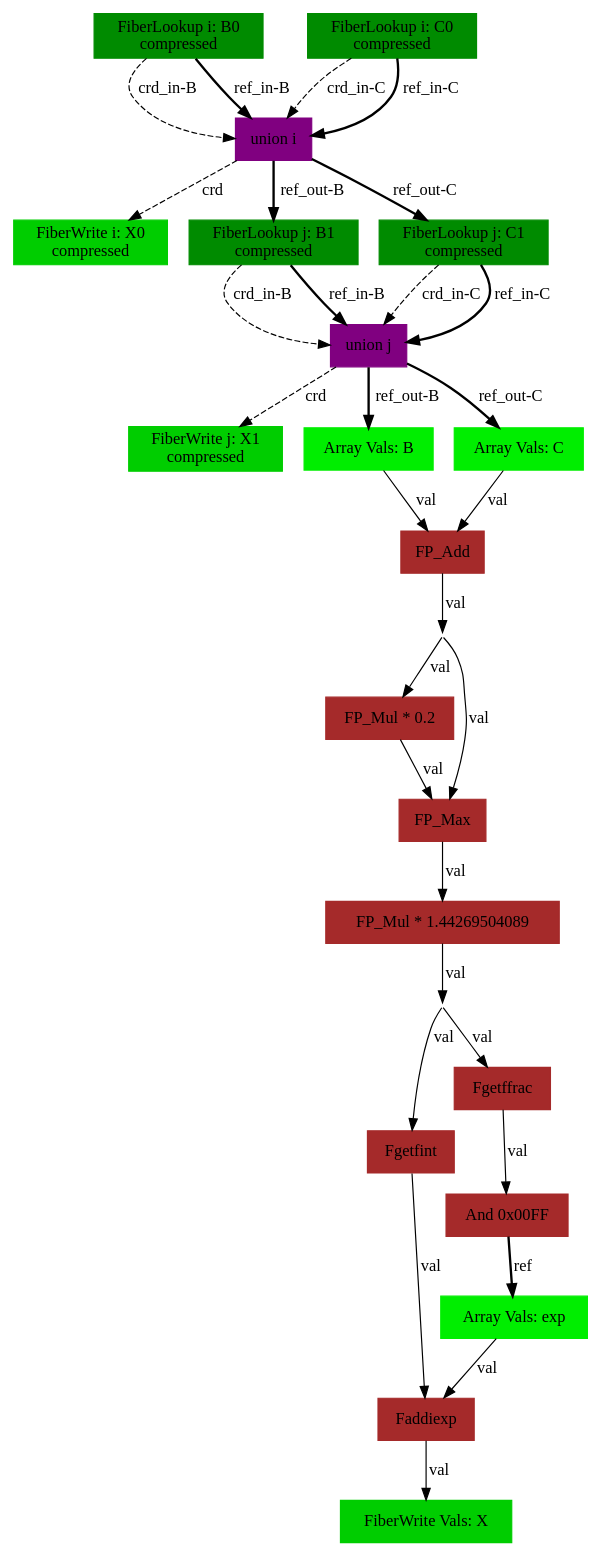
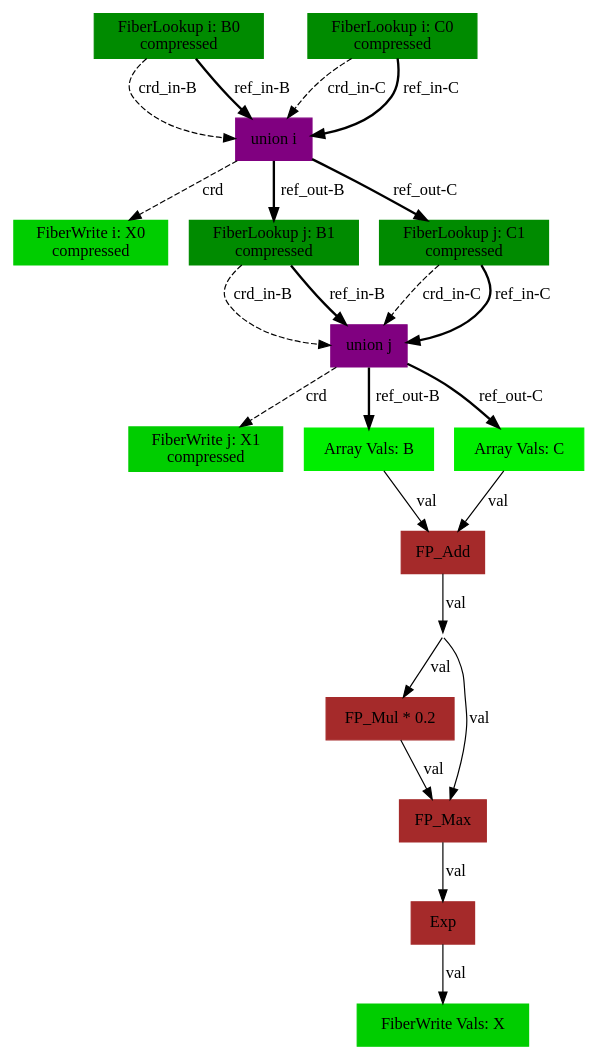
One commit to weiya711/sam changed the diagram in compiler/sam-outputs/onyx-dot/mat_elemadd_leakyrelu_exp.gv. Above: the diagram before and after it, drawn with Graphviz.

Commit message:
update the mat_elemadd_leakdy_relu graph to rely on metamapper to remap the complex op

```diff
--- a/compiler/sam-outputs/onyx-dot/mat_elemadd_leakyrelu_exp.gv
+++ b/compiler/sam-outputs/onyx-dot/mat_elemadd_leakyrelu_exp.gv
@@ -1,54 +1,41 @@
 digraph SAM {
     comment="X=ss01,B=ss01,C=ss01"
     10 [comment="type=fiberlookup,index=i,tensor=B,mode=0,format=compressed,src=true,root=true" label="FiberLookup i: B0\ncompressed" color=green4 shape=box style=filled type="fiberlookup" index="i" tensor="B" mode="0" format="compressed" src="true" root="true"]
     9 [comment="type=union,index=i" label="union i" color=purple shape=box style=filled type="union" index="i"]
     2 [comment="type=fiberwrite,index=i,tensor=X,mode=0,format=compressed,segsize=2,crdsize=B0_dim,sink=true" label="FiberWrite i: X0\ncompressed" color=green3 shape=box style=filled type="fiberwrite" index="i" tensor="X" mode="0" format="compressed" segsize="2" crdsize="B0_dim" sink="true"]
     7 [comment="type=fiberlookup,index=j,tensor=B,mode=1,format=compressed,src=true,root=false" label="FiberLookup j: B1\ncompressed" color=green4 shape=box style=filled type="fiberlookup" index="j" tensor="B" mode="1" format="compressed" src="true" root="false"]
     6 [comment="type=union,index=j" label="union j" color=purple shape=box style=filled type="union" index="j"]
     1 [comment="type=fiberwrite,index=j,tensor=X,mode=1,format=compressed,segsize=B0_dim+1,crdsize=B0_dim*B1_dim,sink=true" label="FiberWrite j: X1\ncompressed" color=green3 shape=box style=filled type="fiberwrite" index="j" tensor="X" mode="1" format="compressed" segsize="B0_dim+1" crdsize="B0_dim*B1_dim" sink="true"]
     4 [comment="type=arrayvals,tensor=B" label="Array Vals: B" color=green2 shape=box style=filled type="arrayvals" tensor="B"]
     3 [comment="type=fp_add" label="FP_Add" color=brown shape=box style=filled type="fp_add"]
     12 [comment="broadcast" shape=point style=invis type="broadcast"]
-    13 [comment="type=fp_mul,rb_const=0.2" label="FP_Mul * 0.2" color=brown shape=box style=filled type="fp_mul" rb_const="0.2"]
+    13 [comment="type=fp_mul,const0=0.2" label="FP_Mul * 0.2" color=brown shape=box style=filled type="fp_mul" const0="0.2"]
     14 [comment="type=fp_max" label="FP_Max" color=brown shape=box style=filled type="fp_max"]
-    15 [comment="type=fp_mul,rb_const=1.44269504089" label="FP_Mul * 1.44269504089" color=brown shape=box style=filled type="fp_mul" rb_const="1.44269504089"]
-    16 [comment="type=broadcast" shape=point style=invis type="broadcast"]
-    17 [comment="type=fgetfint" label="Fgetfint" color=brown shape=box style=filled type="fgetfint"]
-    18 [comment="type=fgetffrac" label="Fgetffrac" color=brown shape=box style=filled type="fgetffrac"]
-    19 [comment="type=and,rb_const=255" label="And 0x00FF" color=brown shape=box style=filled type="and" rb_const="255"]
-    20 [comment="type=faddiexp" label="Faddiexp" color=brown shape=box style=filled type="faddiexp"]
-    21 [comment="type=arrayvals,tensor=exp" label="Array Vals: exp" color=green2 shape=box style=filled type="arrayvals" tensor="exp"]
+    15 [comment="type=exp" label="Exp" color=brown shape=box style=filled type="exp"]
     0 [comment="type=fiberwrite,mode=vals,tensor=X,size=1*B0_dim*B1_dim,sink=true" label="FiberWrite Vals: X" color=green3 shape=box style=filled type="fiberwrite" tensor="X" mode="vals" size="1*B0_dim*B1_dim" sink="true"]
     5 [comment="type=arrayvals,tensor=C" label="Array Vals: C" color=green2 shape=box style=filled type="arrayvals" tensor="C"]
     8 [comment="type=fiberlookup,index=j,tensor=C,mode=1,format=compressed,src=true,root=false" label="FiberLookup j: C1\ncompressed" color=green4 shape=box style=filled type="fiberlookup" index="j" tensor="C" mode="1" format="compressed" src="true" root="false"]
     11 [comment="type=fiberlookup,index=i,tensor=C,mode=0,format=compressed,src=true,root=true" label="FiberLookup i: C0\ncompressed" color=green4 shape=box style=filled type="fiberlookup" index="i" tensor="C" mode="0" format="compressed" src="true" root="true"]
     10 -> 9 [label="crd_in-B" style=dashed type="crd" comment="in-B"]
     9 -> 2 [label="crd" style=dashed type="crd"]
     9 -> 7 [label="ref_out-B" style=bold type="ref" comment="out-B"]
     7 -> 6 [label="crd_in-B" style=dashed type="crd" comment="in-B"]
     6 -> 1 [label="crd" style=dashed type="crd"]
     6 -> 4 [label="ref_out-B" style=bold type="ref" comment="out-B"]
     4 -> 3 [label="val" type="val"]
     3 -> 12 [label="val" type="val"]
     12 -> 13 [label="val" type="val"]
     12 -> 14 [label="val" type="val"]
     13 -> 14 [label="val" type="val"]
     14 -> 15 [label="val" type="val"]
-    15 -> 16 [label="val" type="val"]
-    16 -> 17 [label="val" type="val"]
-    16 -> 18 [label="val" type="val"]
-    18 -> 19 [label="val" type="val"]
-    19 -> 21 [label="ref" style=bold type="ref"]
-    21 -> 20 [label="val" type="val" comment="fp"]
-    17 -> 20 [label="val" type="val" comment="exp"]
-    20 -> 0 [label="val" type="val"]
+    15 -> 0 [label="val" type="val"]
     6 -> 5 [label="ref_out-C" style=bold type="ref" comment="out-C"]
     5 -> 3 [label="val" type="val"]
     7 -> 6 [label="ref_in-B" style=bold type="ref" comment="in-B"]
     9 -> 8 [label="ref_out-C" style=bold type="ref" comment="out-C"]
     8 -> 6 [label="crd_in-C" style=dashed type="crd" comment="in-C"]
     8 -> 6 [label="ref_in-C" style=bold type="ref" comment="in-C"]
     10 -> 9 [label="ref_in-B" style=bold type="ref" comment="in-B"]
     11 -> 9 [label="crd_in-C" style=dashed type="crd" comment="in-C"]
     11 -> 9 [label="ref_in-C" style=bold type="ref" comment="in-C"]
 }
```
